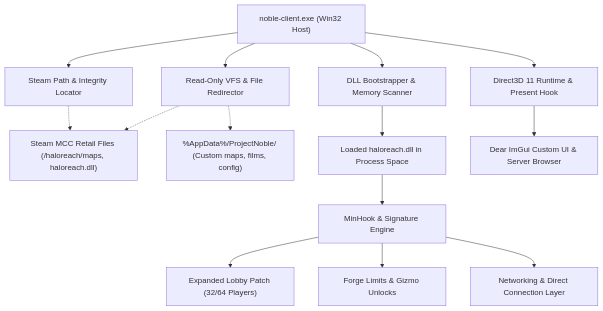
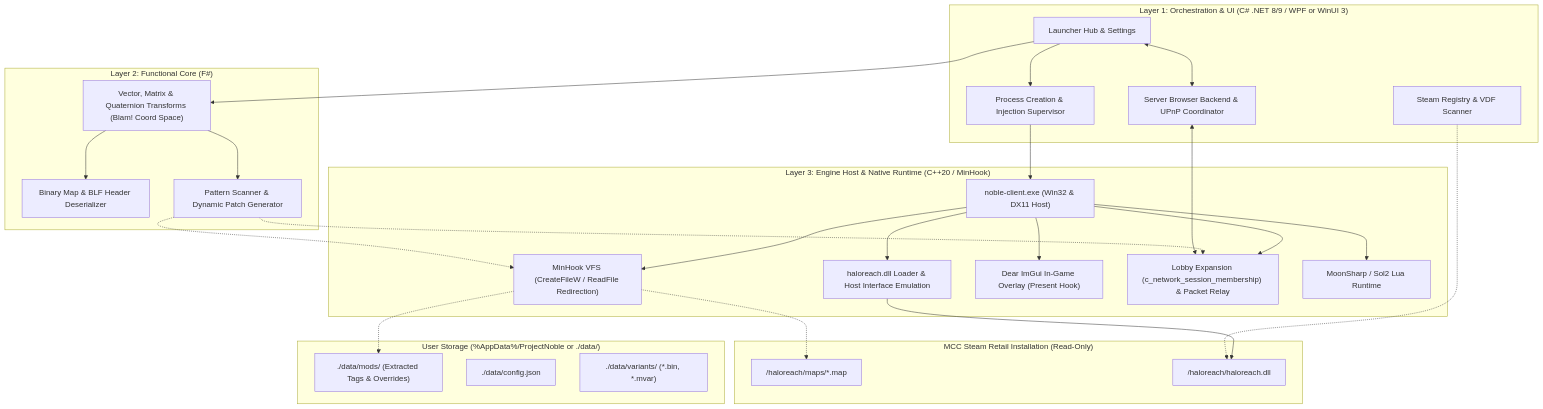
Before and after one commit to O7OF/Project-Noble-: the diagram in docs/architecture_plan.md, drawn with Mermaid. The commit also changed other lines of this file and 101 other files, not shown here.

Commit message:
feat: add NobleLauncher application, tests, and core math libraries

````diff
--- a/docs/architecture_plan.md
+++ b/docs/architecture_plan.md
@@ -41,19 +61,59 @@
 ```mermaid
-graph TD
-    ClientHost["noble-client.exe (Win32 Host)"] --> PathLocator["Steam Path & Integrity Locator"]
-    ClientHost --> VFS["Read-Only VFS & File Redirector"]
-    ClientHost --> D3D11["Direct3D 11 Runtime & Present Hook"]
-    ClientHost --> Loader["DLL Bootstrapper & Memory Scanner"]
+graph TB
+    subgraph Layer1["Layer 1: Orchestration & UI (C# .NET 8/9 / WPF or WinUI 3)"]
+        LauncherHub["Launcher Hub & Settings"]
+        SteamManager["Steam Registry & VDF Scanner"]
+        ProcLauncher["Process Creation & Injection Supervisor"]
+        NetCoordinator["Server Browser Backend & UPnP Coordinator"]
+    end
+
+    subgraph Layer2["Layer 2: Functional Core (F#)"]
+        MathModule["Vector, Matrix & Quaternion Transforms (Blam! Coord Space)"]
+        TagParser["Binary Map & BLF Header Deserializer"]
+        SigEngine["Pattern Scanner & Dynamic Patch Generator"]
+    end
+
+    subgraph Layer3["Layer 3: Engine Host & Native Runtime (C++20 / MinHook)"]
+        NativeHost["noble-client.exe (Win32 & DX11 Host)"]
+        VFSHook["MinHook VFS (CreateFileW / ReadFile Redirection)"]
+        EngineLoader["haloreach.dll Loader & Host Interface Emulation"]
+        ImGuiOverlay["Dear ImGui In-Game Overlay (Present Hook)"]
+        NetHooks["Lobby Expansion (c_network_session_membership) & Packet Relay"]
+        ScriptEngine["MoonSharp / Sol2 Lua Runtime"]
+    end
+
+    subgraph GameFiles["MCC Steam Retail Installation (Read-Only)"]
+        MCCMaps["/haloreach/maps/*.map"]
+        MCDll["/haloreach/haloreach.dll"]
+    end
+
+    subgraph LocalStorage["User Storage (%AppData%/ProjectNoble or ./data/)"]
+        CustomMods["./data/mods/ (Extracted Tags & Overrides)"]
+        UserConfig["./data/config.json"]
+        SavedVariants["./data/variants/ (*.bin, *.mvar)"]
+    end
+
+    %% Inter-layer connections
+    LauncherHub --> ProcLauncher
+    SteamManager -.-> MCDll
+    ProcLauncher --> NativeHost
     
-    PathLocator -.-> RetailFiles["Steam MCC Retail Files (/haloreach/maps, haloreach.dll)"]
-    VFS -.-> RetailFiles
-    VFS -.-> UserStorage["%AppData%/ProjectNoble/ (Custom maps, films, config)"]
-    
-    Loader --> HaloReachDLL["Loaded haloreach.dll in Process Space"]
-    D3D11 --> ImGuiOverlay["Dear ImGui Custom UI & Server Browser"]
-    
-    HaloReachDLL --> HookEngine["MinHook & Signature Engine"]
-    HookEngine --> LobbyPatch["Expanded Lobby Patch (32/64 Players)"]
-    HookEngine --> ForgePatch["Forge Limits & Gizmo Unlocks"]
-    HookEngine --> NetHook["Networking & Direct Connection Layer"]
+    LauncherHub <--> NetCoordinator
+    NetCoordinator <--> NetHooks
+
+    LauncherHub --> MathModule
+    MathModule --> TagParser
+    MathModule --> SigEngine
+    SigEngine -.-> NetHooks
+    SigEngine -.-> VFSHook
+
+    NativeHost --> EngineLoader
+    EngineLoader --> MCDll
+    VFSHook -.-> MCCMaps
+    VFSHook -.-> CustomMods
+
+    NativeHost --> ImGuiOverlay
+    NativeHost --> VFSHook
+    NativeHost --> NetHooks
+    NativeHost --> ScriptEngine
 ```
````
